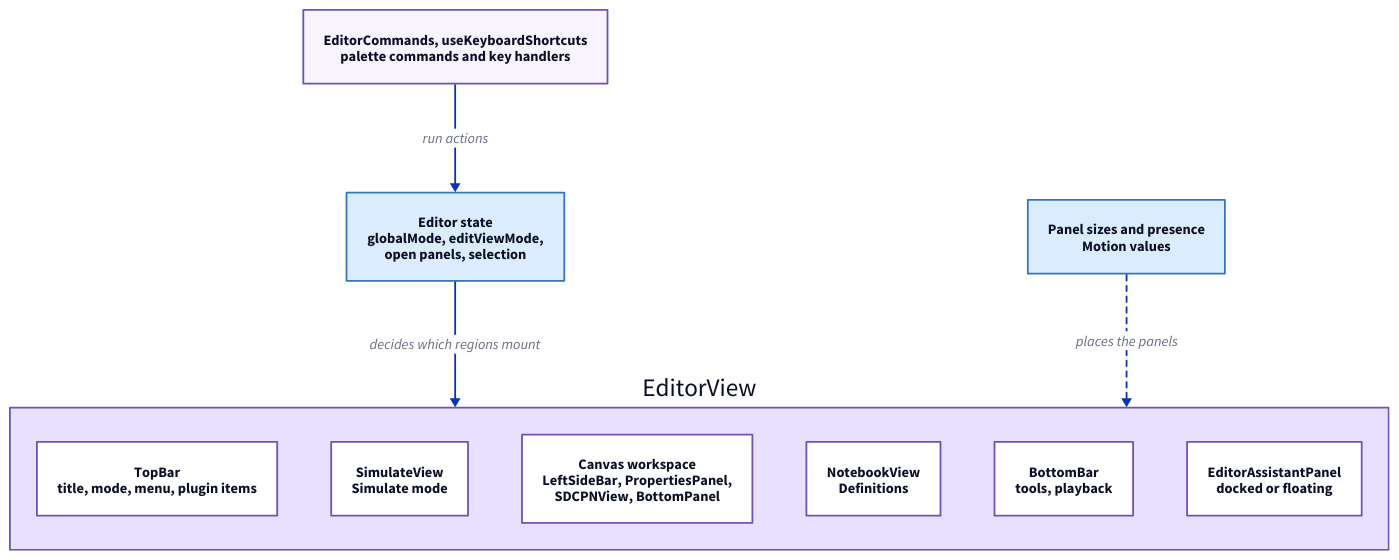
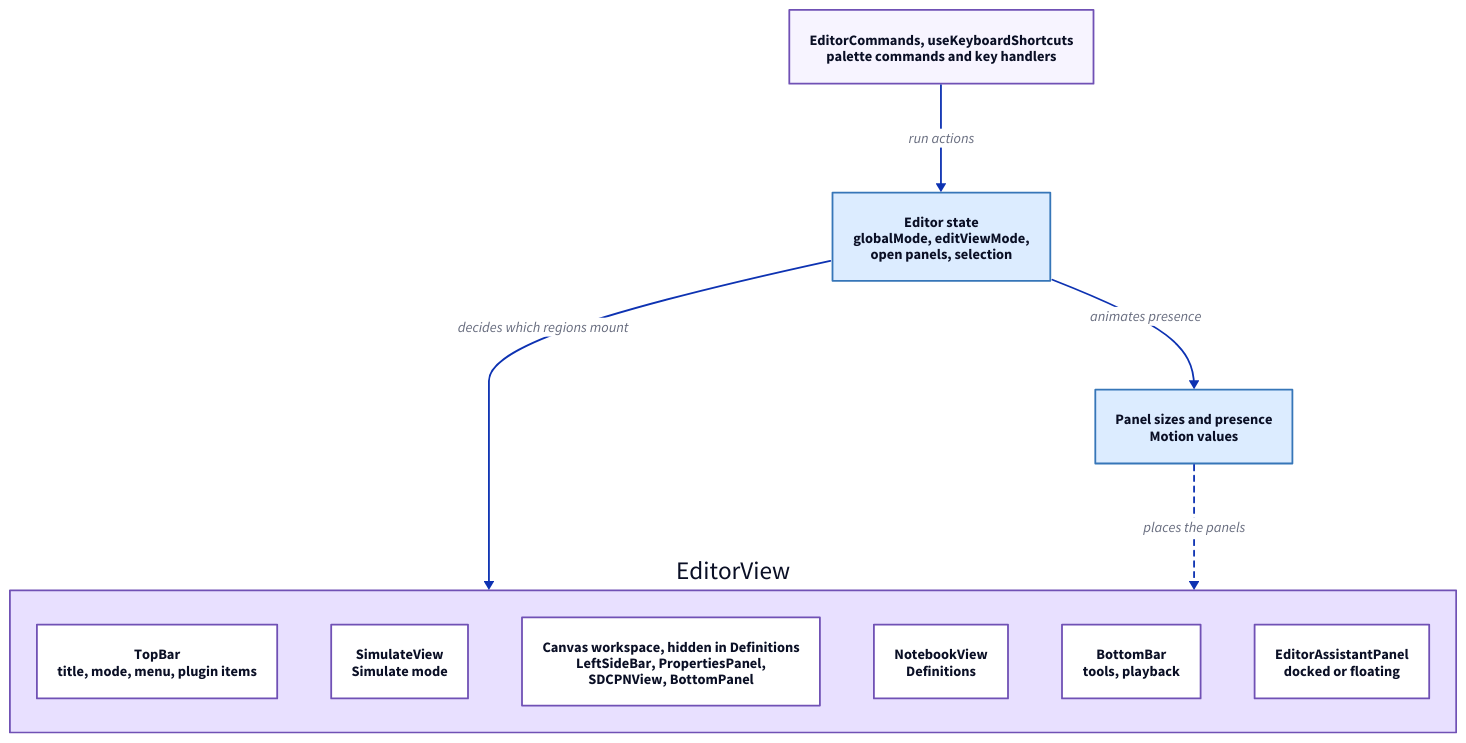
The diagram in libs/@hashintel/petrinaut/src/ui/views/Editor/editor-shell.d2 (hashintel/hash), drawn with D2 before and after one commit. The commit also changed 1 other file, not shown here.

```diff
--- a/libs/@hashintel/petrinaut/src/ui/views/Editor/editor-shell.d2
+++ b/libs/@hashintel/petrinaut/src/ui/views/Editor/editor-shell.d2
@@ -1,32 +1,33 @@
 # Hand-written; rendered by the arch-docs build. React components use the
 # purple palette, stores the blue one.
 direction: down
 
 vars: {
   d2-legend: {
-    a -> b: renders through React
+    a -> b: passes data or calls
     a -> b: writes each frame {style.stroke-dash: 3}
     a.style.opacity: 0
     b.style.opacity: 0
   }
 }
 
 commands: "EditorCommands, useKeyboardShortcuts\npalette commands and key handlers" {style.fill: "#f7f4ff"; style.stroke: "#7051b5"}
 state: "Editor state\nglobalMode, editViewMode,\nopen panels, selection" {style.fill: "#dcecff"; style.stroke: "#3676b8"}
 geometry: "Panel sizes and presence\nMotion values" {style.fill: "#dcecff"; style.stroke: "#3676b8"}
 
 editor: "EditorView" {
   style.fill: "#e8e0ff"
   style.stroke: "#7051b5"
 
   topbar: "TopBar\ntitle, mode, menu, plugin items" {style.fill: "#ffffff"; style.stroke: "#7051b5"}
   simulate: "SimulateView\nSimulate mode" {style.fill: "#ffffff"; style.stroke: "#7051b5"}
-  canvas: "Canvas workspace\nLeftSideBar, PropertiesPanel,\nSDCPNView, BottomPanel" {style.fill: "#ffffff"; style.stroke: "#7051b5"}
+  canvas: "Canvas workspace, hidden in Definitions\nLeftSideBar, PropertiesPanel,\nSDCPNView, BottomPanel" {style.fill: "#ffffff"; style.stroke: "#7051b5"}
   notebook: "NotebookView\nDefinitions" {style.fill: "#ffffff"; style.stroke: "#7051b5"}
   bar: "BottomBar\ntools, playback" {style.fill: "#ffffff"; style.stroke: "#7051b5"}
   assistant: "EditorAssistantPanel\ndocked or floating" {style.fill: "#ffffff"; style.stroke: "#7051b5"}
 }
 
 commands -> state: "run actions"
 state -> editor: "decides which regions mount"
+state -> geometry: "animates presence"
 geometry -> editor: "places the panels" {style.stroke-dash: 3}
```
